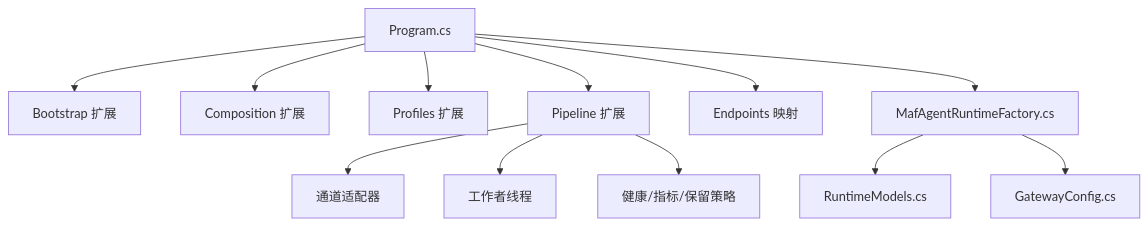
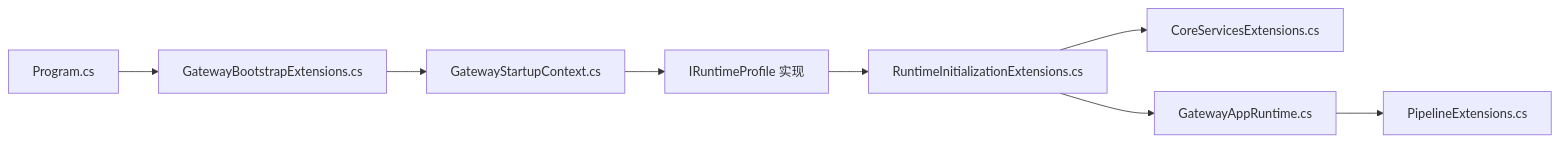
The eighth of 8 diagrams in .qoder/repowiki/zh/content/架构设计/架构设计.md (wayyet/kingcrab), drawn with Mermaid before and after one commit. The commit also changed other lines of this file and 173 other files, not shown here.

````diff
--- a/.qoder/repowiki/zh/content/架构设计/架构设计.md
+++ b/.qoder/repowiki/zh/content/架构设计/架构设计.md
@@ -273,14 +326,10 @@
 ```mermaid
-graph TB
-Program["Program.cs"] --> Bootstrap["Bootstrap 扩展"]
-Program --> Composition["Composition 扩展"]
-Program --> Profiles["Profiles 扩展"]
-Program --> Pipeline["Pipeline 扩展"]
-Program --> Endpoints["Endpoints 映射"]
-Program --> Agent["MafAgentRuntimeFactory.cs"]
-Agent --> CoreModels["RuntimeModels.cs"]
-Agent --> GatewayCfg["GatewayConfig.cs"]
-Pipeline --> Channels["通道适配器"]
-Pipeline --> Workers["工作者线程"]
-Pipeline --> Metrics["健康/指标/保留策略"]
+graph LR
+Program["Program.cs"] --> Boot["GatewayBootstrapExtensions.cs"]
+Boot --> Ctx["GatewayStartupContext.cs"]
+Ctx --> Prof["IRuntimeProfile 实现"]
+Prof --> Comp["RuntimeInitializationExtensions.cs"]
+Comp --> Core["CoreServicesExtensions.cs"]
+Comp --> RT["GatewayAppRuntime.cs"]
+RT --> Pipe["PipelineExtensions.cs"]
 ```
````
